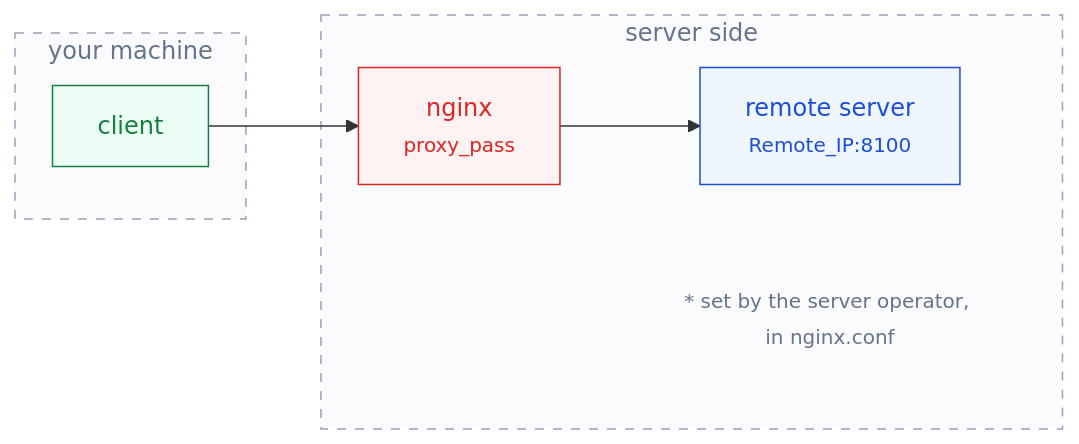
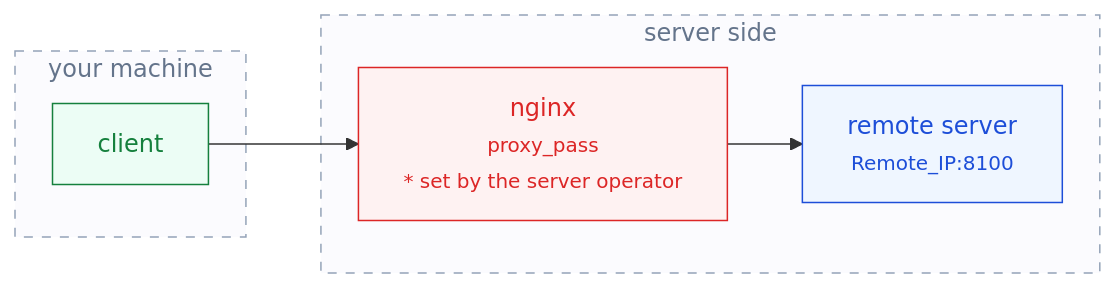
One commit to ssyrc/ssyrc.github.io changed the fourth of 4 diagrams in _posts/ko/2026-09-16-proxy-and-port-forwarding.md. Above: the diagram before and after it, drawn with Mermaid. The commit also changed other lines of this file and 3 other files, not shown here.

First line of the commit message:
Fix diagram width, note placement and zone naming

````diff
--- a/_posts/ko/2026-09-16-proxy-and-port-forwarding.md
+++ b/_posts/ko/2026-09-16-proxy-and-port-forwarding.md
@@ -174,22 +165,19 @@
 ```mermaid
 flowchart LR
     subgraph LOCAL["your machine"]
         C["client"]
     end
     subgraph SRV["server side"]
-        N["nginx<br/><small>proxy_pass</small>"] --> R["remote server<br/><small>Remote_IP:8100</small>"]
-        NOTE["<small>* set by the server operator, in nginx.conf</small>"]
+        N["nginx<br/><small>proxy_pass</small><br/><small>* set by the server operator</small>"] --> R["remote server<br/><small>Remote_IP:8100</small>"]
     end
     C --> N
     class C client
     class N proxy
     class R server
-    class NOTE note
     class LOCAL,SRV zone
     classDef client fill:#ecfdf5,stroke:#15803d,color:#15803d
     classDef proxy  fill:#fef2f2,stroke:#dc2626,color:#dc2626
     classDef server fill:#eff6ff,stroke:#1d4ed8,color:#1d4ed8
     classDef kernel fill:#ffffff,stroke:#dc2626,color:#64748b,stroke-dasharray:6 5
     classDef zone   fill:#fbfbfe,stroke:#94a3b8,color:#64748b,stroke-dasharray:6 6
-    classDef note   fill:none,stroke:none,color:#64748b
 ```
````
